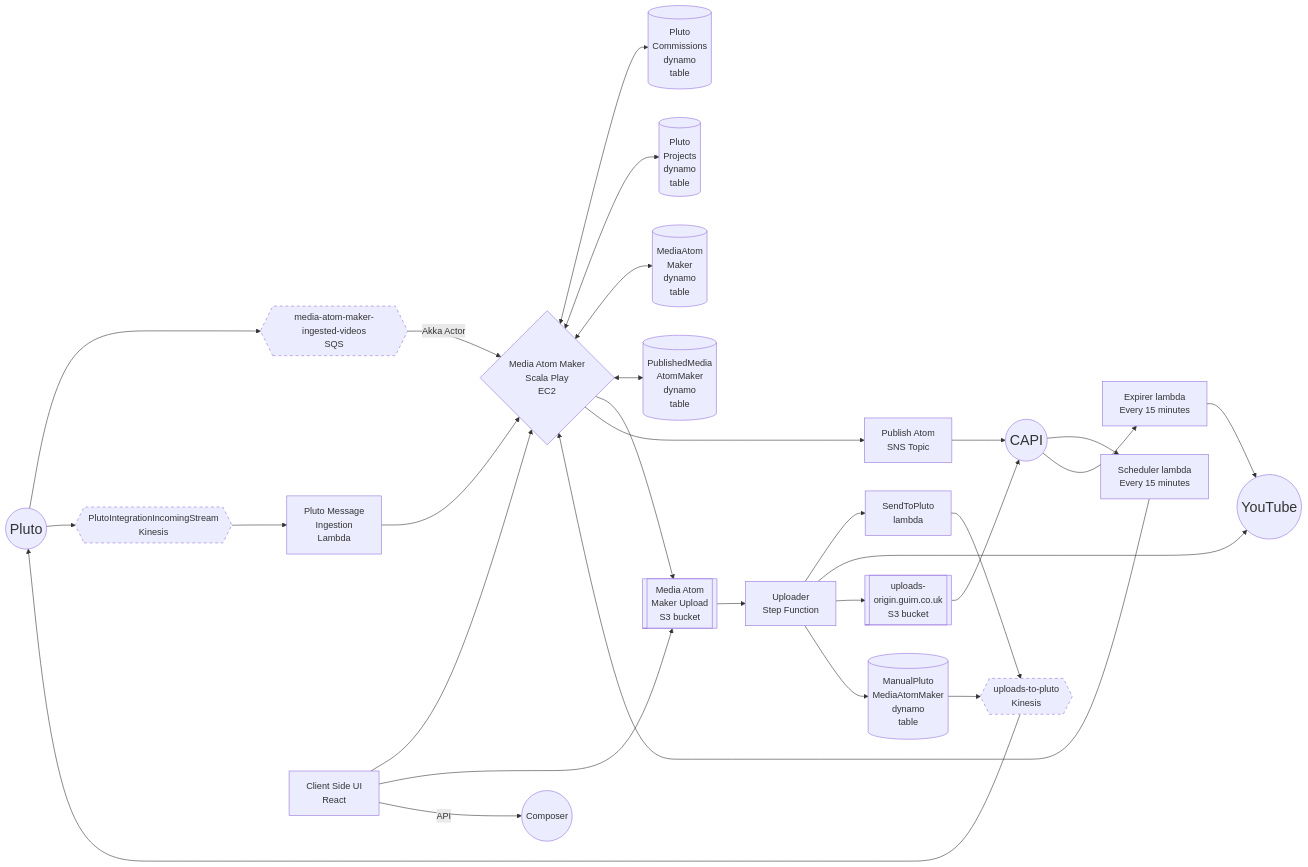
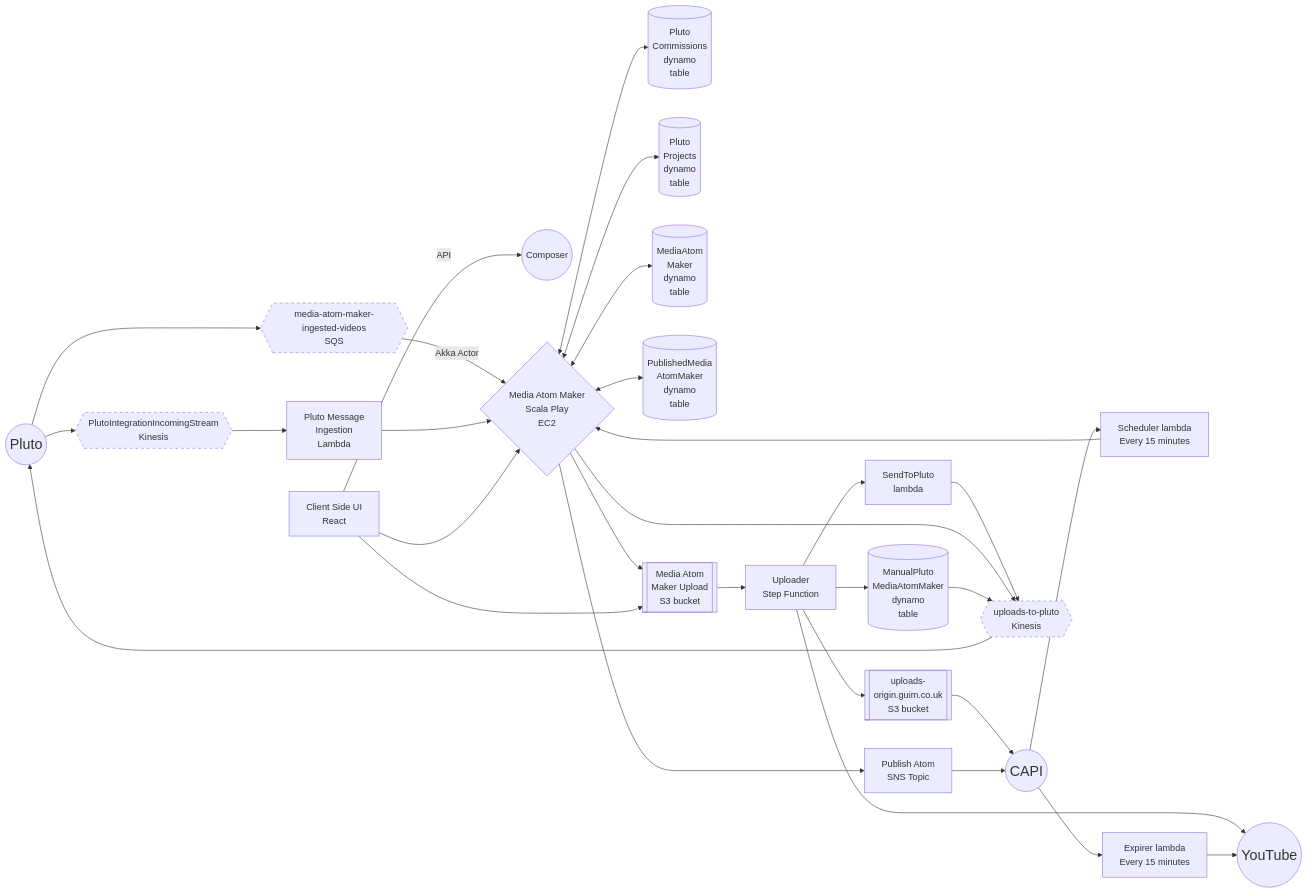
The diagram in docs/10-architecture.md (guardian/media-atom-maker), drawn with Mermaid before and after one commit. The commit also changed other lines of this file, not shown here.

````diff
--- a/docs/10-architecture.md
+++ b/docs/10-architecture.md
@@ -5,44 +5,45 @@
 ```mermaid
 graph LR
-  Pluto((Pluto)):::External
-  YouTube((YouTube)):::External
-  CAPI((CAPI)):::External
-  Composer((Composer))
-  uploads-to-pluto{{uploads-to-pluto<br/>Kinesis}}:::Stream
-  media-atom-maker-ingested-videos{{media-atom-maker-ingested-videos<br/>SQS}}:::Stream
-  PlutoIntegrationIncomingStream{{PlutoIntegrationIncomingStream<br/>Kinesis}}:::Stream
-  uploads-to-pluto --> Pluto
-  Pluto --> media-atom-maker-ingested-videos
-  Pluto --> PlutoIntegrationIncomingStream
-  SendToPluto[SendToPluto<br/>lambda] --> uploads-to-pluto
-  media-atom-maker-ingested-videos -->|Akka Actor| MediaAtomMaker{Media Atom Maker<br/>Scala Play<br/>EC2}
-  PlutoIntegrationIncomingStream --> PlutoMessage[Pluto Message<br/>Ingestion<br/>Lambda]
-  PlutoMessage --> MediaAtomMaker
-  MediaAtomMaker <--> PlutoCommissions[(Pluto<br/>Commissions<br/>dynamo<br/>table)]
-  MediaAtomMaker <--> PlutoProjects[(Pluto<br/>Projects<br/>dynamo<br/>table)]
-  MediaAtomMaker <--> MediaAtomMakerProd[(MediaAtom<br/>Maker<br/>dynamo<br/>table)]
-  MediaAtomMaker <--> PublishedMedia[(PublishedMedia<br/>AtomMaker<br/>dynamo<br/>table)]
-  MediaAtomMaker --> MediaAtomMakerUpload[[Media Atom<br/>Maker Upload<br/>S3 bucket]]
-  ClientSide[Client Side UI<br/>React<br/>]
-  ClientSide --> MediaAtomMaker
-  ClientSide --> MediaAtomMakerUpload
-  ClientSide -->|API| Composer
-  MediaAtomMakerUpload --> Uploader
-  Uploader[Uploader<br/>Step Function]
-  Uploader --> SendToPluto
-  Uploader --> YouTube
-  Uploader --> UploadsOrigin[[uploads-<br/>origin.guim.co.uk<br/>S3 bucket]]
-  Uploader --> ManualPluto[(ManualPluto<br/>MediaAtomMaker<br/>dynamo<br/>table)]
-  ManualPluto --> uploads-to-pluto
-  UploadsOrigin --> CAPI
-  MediaAtomMaker --> PublishAtom[Publish Atom<br/>SNS Topic]
-  Scheduler[Scheduler lambda<br/>Every 15 minutes]
-  Scheduler --> MediaAtomMaker
-  CAPI --> Scheduler
-  PublishAtom --> CAPI
-  Expirer[Expirer lambda<br/>Every 15 minutes]
-  CAPI --> Expirer
-  Expirer --> YouTube
-  classDef External padding: 50px, width: 200px, font-size: 25px
-  classDef Stream stroke-dasharray: 5 5
+    Pluto((Pluto)):::External
+    YouTube((YouTube)):::External
+    CAPI((CAPI)):::External
+    Composer((Composer))
+    uploads-to-pluto{{uploads-to-pluto<br/>Kinesis}}:::Stream
+    media-atom-maker-ingested-videos{{media-atom-maker-ingested-videos<br/>SQS}}:::Stream
+    PlutoIntegrationIncomingStream{{PlutoIntegrationIncomingStream<br/>Kinesis}}:::Stream
+    uploads-to-pluto --> Pluto
+    Pluto --> media-atom-maker-ingested-videos
+    Pluto --> PlutoIntegrationIncomingStream
+    SendToPluto[SendToPluto<br/>lambda] --> uploads-to-pluto
+    media-atom-maker-ingested-videos -->|Akka Actor| MediaAtomMaker{Media Atom Maker<br/>Scala Play<br/>EC2}
+    PlutoIntegrationIncomingStream --> PlutoMessage[Pluto Message<br/>Ingestion<br/>Lambda]
+    PlutoMessage --> MediaAtomMaker
+    MediaAtomMaker <--> PlutoCommissions[(Pluto<br/>Commissions<br/>dynamo<br/>table)]
+    MediaAtomMaker <--> PlutoProjects[(Pluto<br/>Projects<br/>dynamo<br/>table)]
+    MediaAtomMaker <--> MediaAtomMakerProd[(MediaAtom<br/>Maker<br/>dynamo<br/>table)]
+    MediaAtomMaker <--> PublishedMedia[(PublishedMedia<br/>AtomMaker<br/>dynamo<br/>table)]
+    MediaAtomMaker --> MediaAtomMakerUpload[[Media Atom<br/>Maker Upload<br/>S3 bucket]]
+    MediaAtomMaker --> uploads-to-pluto
+    ClientSide[Client Side UI<br/>React<br/>]
+    ClientSide --> MediaAtomMaker
+    ClientSide --> MediaAtomMakerUpload
+    ClientSide -->|API| Composer
+    MediaAtomMakerUpload --> Uploader
+    Uploader[Uploader<br/>Step Function]
+    Uploader --> SendToPluto
+    Uploader --> YouTube
+    Uploader --> UploadsOrigin[[uploads-<br/>origin.guim.co.uk<br/>S3 bucket]]
+    Uploader --> ManualPluto[(ManualPluto<br/>MediaAtomMaker<br/>dynamo<br/>table)]
+    ManualPluto --> uploads-to-pluto
+    UploadsOrigin --> CAPI
+    MediaAtomMaker --> PublishAtom[Publish Atom<br/>SNS Topic]
+    Scheduler[Scheduler lambda<br/>Every 15 minutes]
+    Scheduler --> MediaAtomMaker
+    CAPI --> Scheduler
+    PublishAtom --> CAPI
+    Expirer[Expirer lambda<br/>Every 15 minutes]
+    CAPI --> Expirer
+    Expirer --> YouTube
+    classDef External padding: 50px, width: 200px, font-size: 25px
+    classDef Stream stroke-dasharray: 5 5
 ```
````
